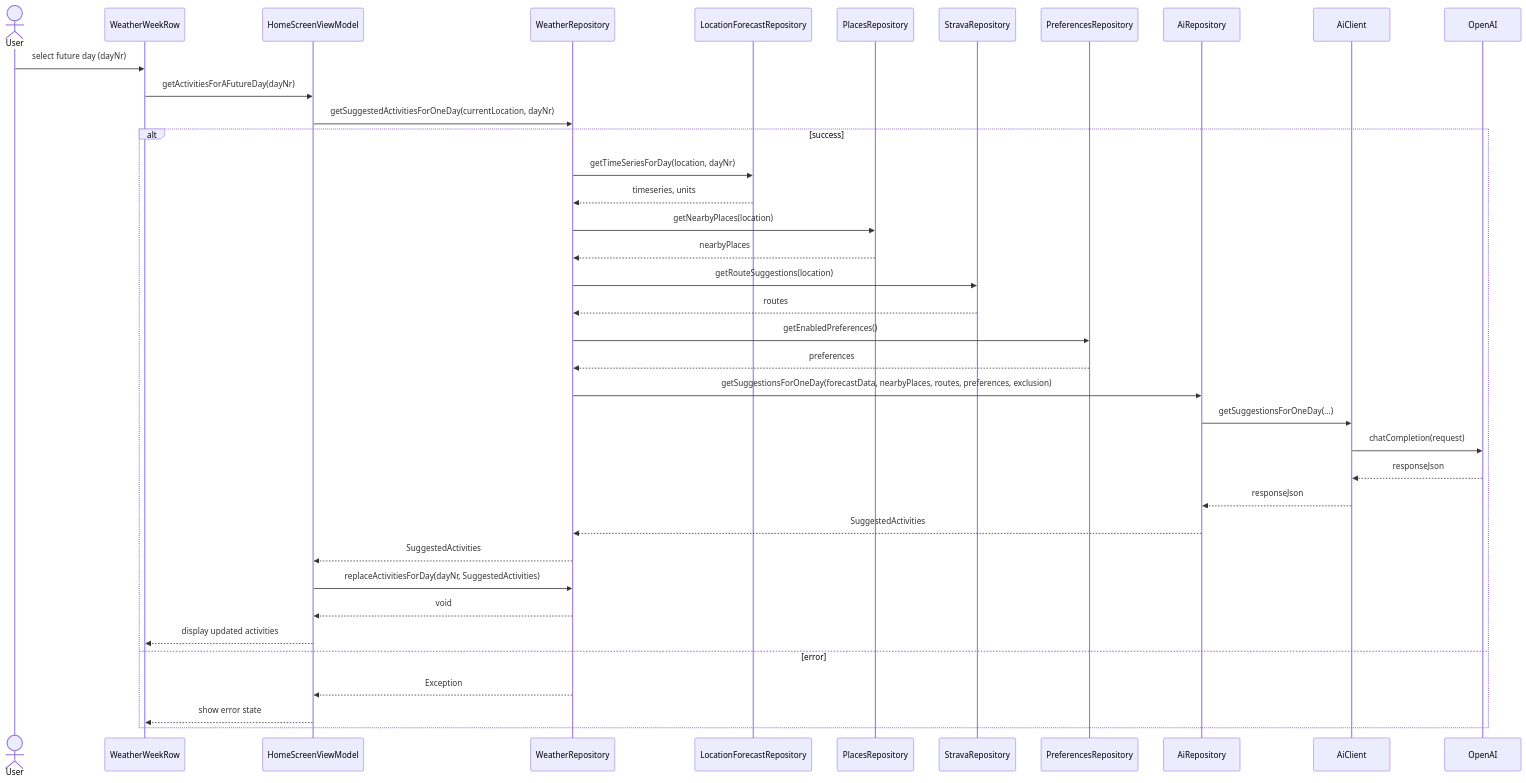
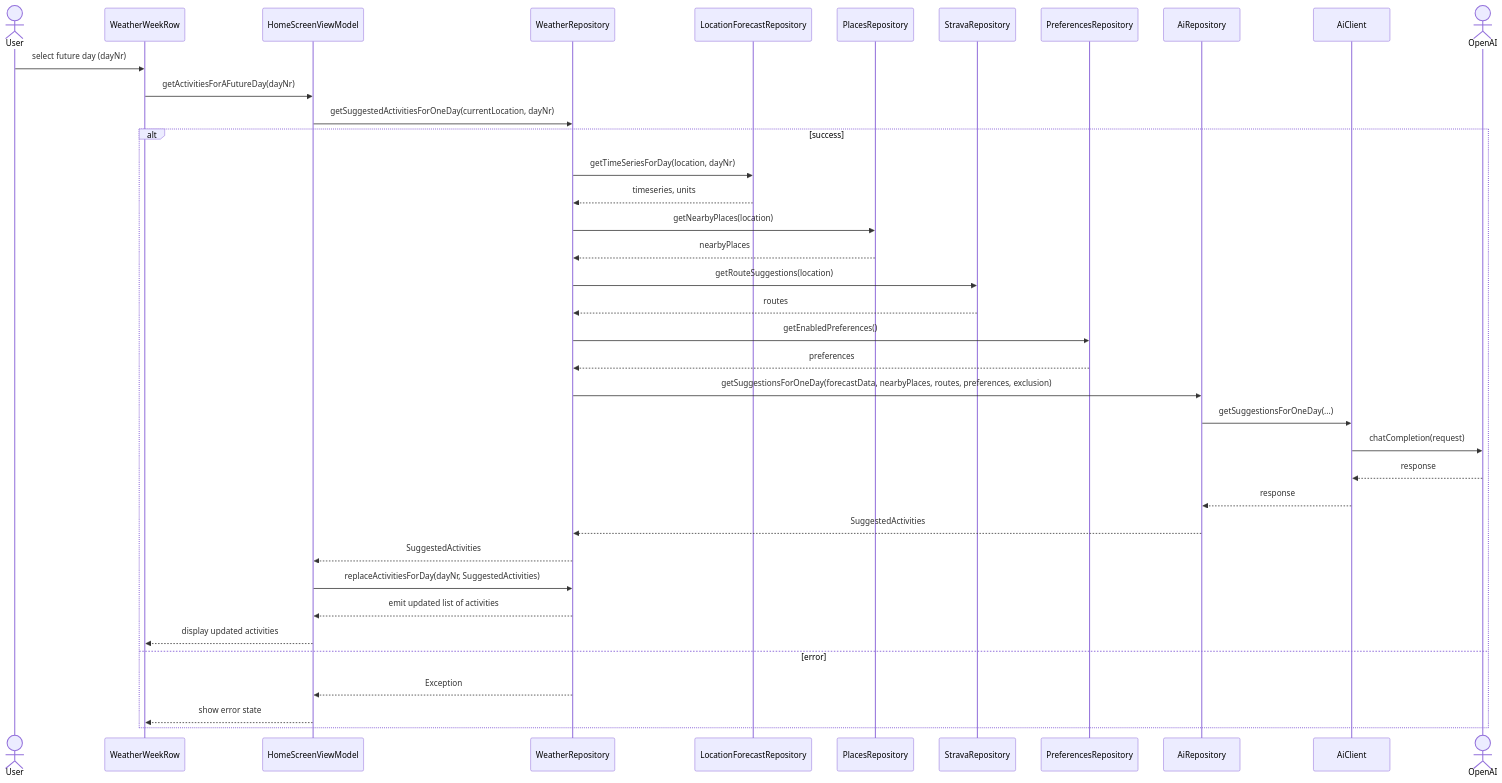
Before and after one commit to GithubTechsupport/VaerAktiv: the diagram in diagrams/user_finds_activities_for_a_future_day/sequencediagram.md, drawn with Mermaid. The commit also changed 33 other files, not shown here.

````diff
--- a/diagrams/user_finds_activities_for_a_future_day/sequencediagram.md
+++ b/diagrams/user_finds_activities_for_a_future_day/sequencediagram.md
@@ -1,41 +1,41 @@
 ```mermaid
 sequenceDiagram
     actor User
     participant UI as WeatherWeekRow
     participant VM as HomeScreenViewModel
     participant Repo as WeatherRepository
     participant LF as LocationForecastRepository
     participant Places as PlacesRepository
     participant Strava as StravaRepository
     participant Pref as PreferencesRepository
     participant AI as AiRepository
     participant Client as AiClient
-    participant OpenAI
+    actor OpenAI
 
     User->>UI: select future day (dayNr)
     UI->>VM: getActivitiesForAFutureDay(dayNr)
     VM->>Repo: getSuggestedActivitiesForOneDay(currentLocation, dayNr)
     alt success
         Repo->>LF: getTimeSeriesForDay(location, dayNr)
         LF-->>Repo: timeseries, units
         Repo->>Places: getNearbyPlaces(location)
         Places-->>Repo: nearbyPlaces
         Repo->>Strava: getRouteSuggestions(location)
         Strava-->>Repo: routes
         Repo->>Pref: getEnabledPreferences()
         Pref-->>Repo: preferences
         Repo->>AI: getSuggestionsForOneDay(forecastData, nearbyPlaces, routes, preferences, exclusion)
         AI->>Client: getSuggestionsForOneDay(...)
         Client->>OpenAI: chatCompletion(request)
-        OpenAI-->>Client: responseJson
-        Client-->>AI: responseJson
+        OpenAI-->>Client: response
+        Client-->>AI: response
         AI-->>Repo: SuggestedActivities
         Repo-->>VM: SuggestedActivities
         VM->>Repo: replaceActivitiesForDay(dayNr, SuggestedActivities)
-        Repo-->>VM: void
+        Repo-->>VM: emit updated list of activities
         VM-->>UI: display updated activities
     else error
         Repo-->>VM: Exception
         VM-->>UI: show error state
     end
 ```
````
